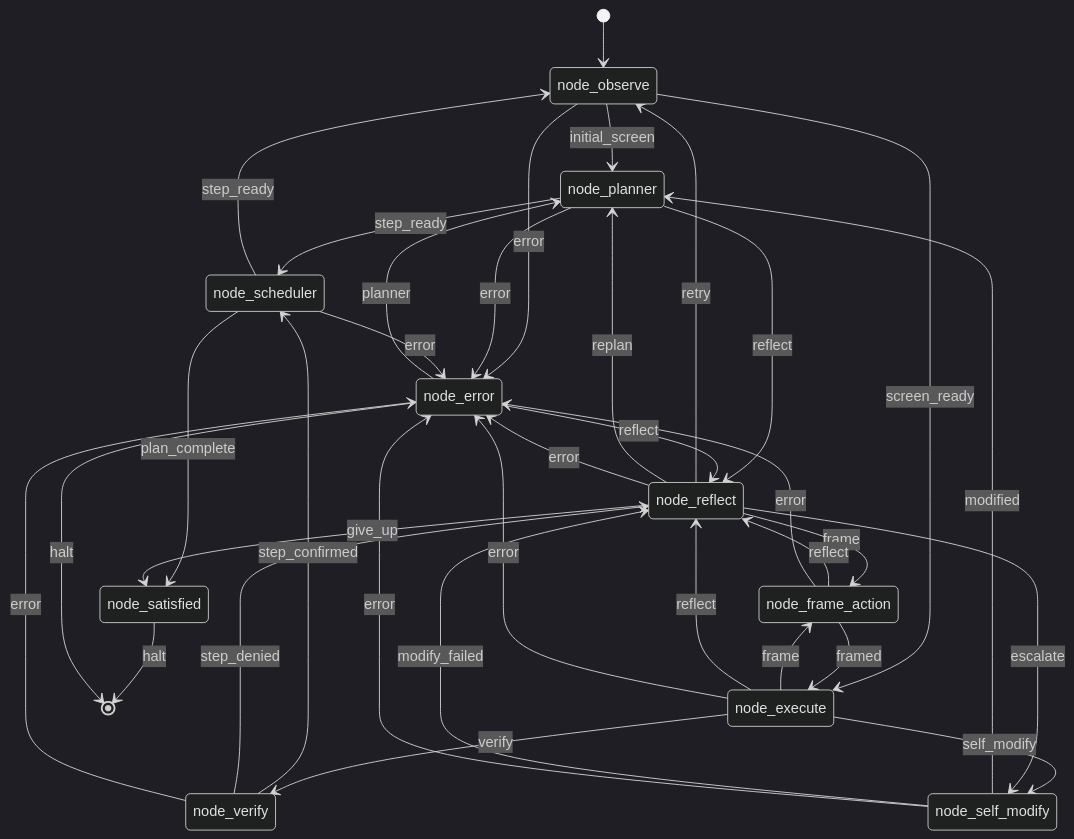
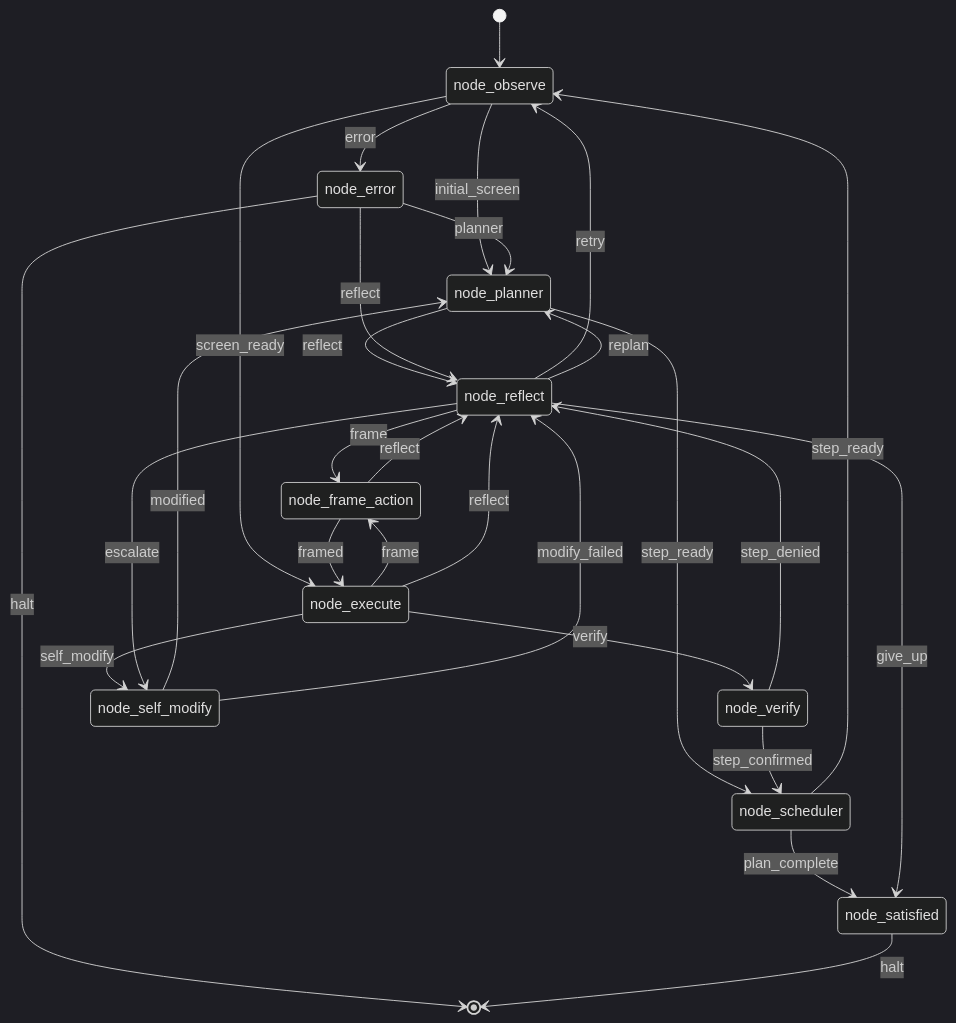
One commit to wgabrys88/endgame-ai changed the diagram in README.md. Above: the diagram before and after it, drawn with Mermaid (dark theme). The commit also changed other lines of this file and 8 other files, not shown here.

````diff
--- a/README.md
+++ b/README.md
@@ -65,37 +66,30 @@
 ```mermaid
 stateDiagram-v2
     [*] --> node_observe
     node_observe --> node_planner : initial_screen
     node_observe --> node_execute : screen_ready
     node_observe --> node_error : error
     node_planner --> node_scheduler : step_ready
     node_planner --> node_reflect : reflect
-    node_planner --> node_error : error
     node_scheduler --> node_observe : step_ready
     node_scheduler --> node_satisfied : plan_complete
-    node_scheduler --> node_error : error
     node_execute --> node_verify : verify
     node_execute --> node_frame_action : frame
     node_execute --> node_reflect : reflect
     node_execute --> node_self_modify : self_modify
-    node_execute --> node_error : error
     node_verify --> node_scheduler : step_confirmed
     node_verify --> node_reflect : step_denied
-    node_verify --> node_error : error
     node_reflect --> node_observe : retry
     node_reflect --> node_planner : replan
     node_reflect --> node_frame_action : frame
     node_reflect --> node_self_modify : escalate
     node_reflect --> node_satisfied : give_up
-    node_reflect --> node_error : error
     node_self_modify --> node_planner : modified
     node_self_modify --> node_reflect : modify_failed
-    node_self_modify --> node_error : error
-    node_satisfied --> [*] : halt
     node_frame_action --> node_execute : framed
     node_frame_action --> node_reflect : reflect
-    node_frame_action --> node_error : error
     node_error --> node_planner : planner
     node_error --> node_reflect : reflect
     node_error --> [*] : halt
+    node_satisfied --> [*] : halt
 ```
````
